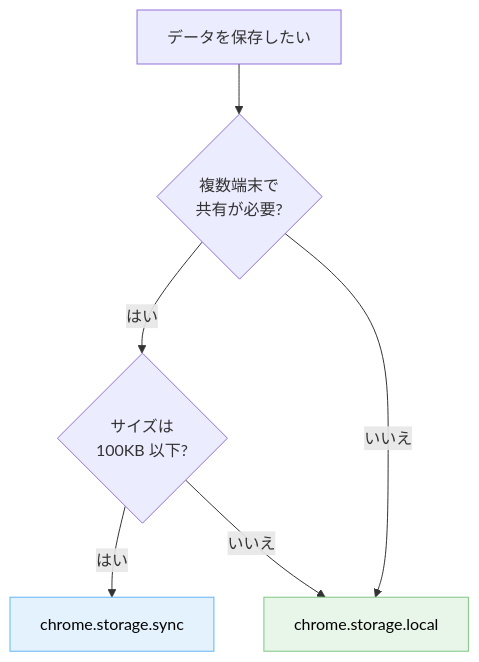
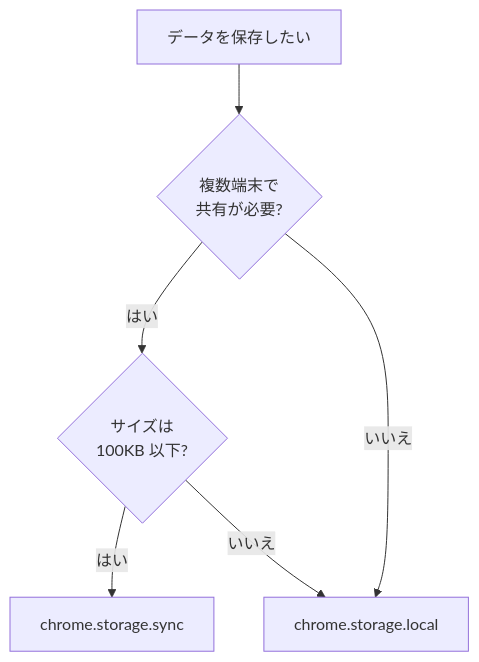
Before and after one commit to dinekt/dinekt-wiki: the diagram in docs/tech-notes/chromestorage-は-local-sync-session-を正しく使い分ける.md, drawn with Mermaid. The commit also changed 70 other files, not shown here.

First line of the commit message:
fix(mermaid): strip all inline styling, rely on theme

````diff
--- a/docs/tech-notes/chromestorage-は-local-sync-session-を正しく使い分ける.md
+++ b/docs/tech-notes/chromestorage-は-local-sync-session-を正しく使い分ける.md
@@ -23,11 +23,9 @@
 ```mermaid
 flowchart TD
     Q[データを保存したい] --> A{複数端末で<br/>共有が必要?}
     A -->|はい| B{サイズは<br/>100KB 以下?}
     A -->|いいえ| L[chrome.storage.local]
     B -->|はい| S[chrome.storage.sync]
     B -->|いいえ| L
 
-    style L fill:#e8f5e9,stroke:#81c784,color:#000
-    style S fill:#e3f2fd,stroke:#64b5f6,color:#000
 ```
````
